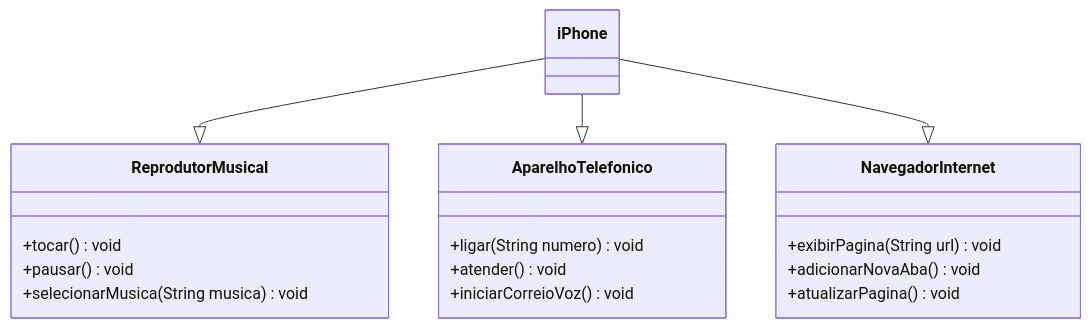
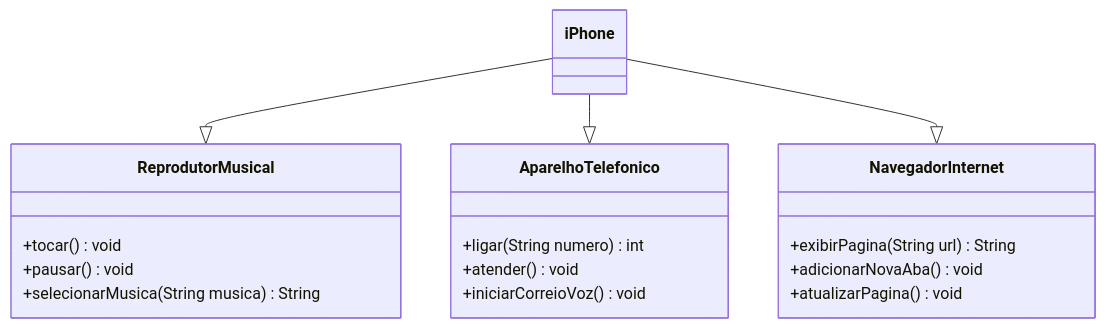
One commit to gpiantamar/dio-trilha-java-basico changed the diagram in diagramacao-classe-iphone/README.mmd. Above: the diagram before and after it, drawn with Mermaid. The commit also changed 5 other files, not shown here.

```diff
--- a/diagramacao-classe-iphone/README.mmd
+++ b/diagramacao-classe-iphone/README.mmd
@@ -1,21 +1,21 @@
 classDiagram
     class ReprodutorMusical {
         +tocar() void
         +pausar() void
-        +selecionarMusica(String musica) void
+        +selecionarMusica(String musica) String
     }
     class AparelhoTelefonico {
-        +ligar(String numero) void
+        +ligar(String numero) int
         +atender() void
         +iniciarCorreioVoz() void
     }
     class NavegadorInternet {
-        +exibirPagina(String url) void
+        +exibirPagina(String url) String
         +adicionarNovaAba() void
         +atualizarPagina() void
     }
     class iPhone {
     }
     iPhone --|> ReprodutorMusical
     iPhone --|> AparelhoTelefonico
     iPhone --|> NavegadorInternet
```
